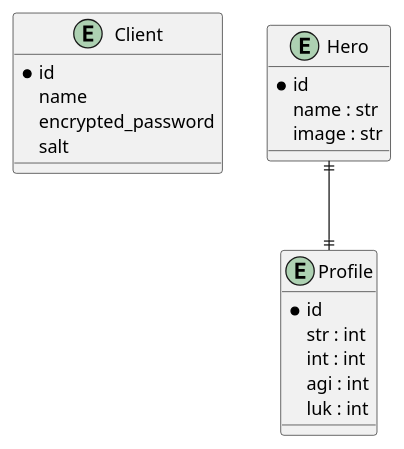
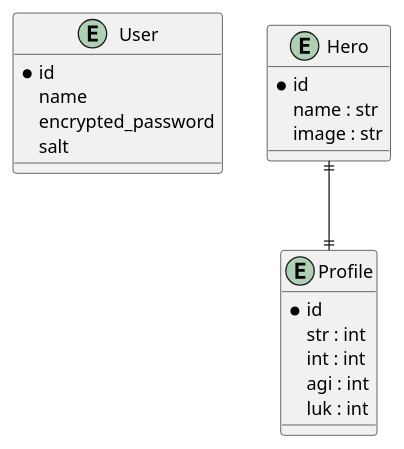
The diagram in visualization_doc/data_design.puml (chuang8511/hero_api), drawn with PlantUML before and after one commit.

Commit message:
chore: add the user table for password ticket

```diff
--- a/visualization_doc/data_design.puml
+++ b/visualization_doc/data_design.puml
@@ -1,28 +1,28 @@
 @startuml
 
-entity Client {
+entity User {
     * id
     name
     encrypted_password
     salt
 }
 
 entity Hero {
     * id
     name : str
     image : str
 }
 
 entity Profile {
     * id
     str : int
     int : int
     agi : int
     luk : int
 }
 
 
 Hero ||--|| Profile
 
 
 @enduml
```
